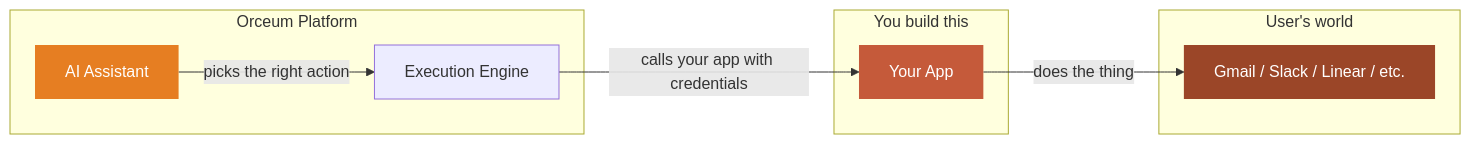
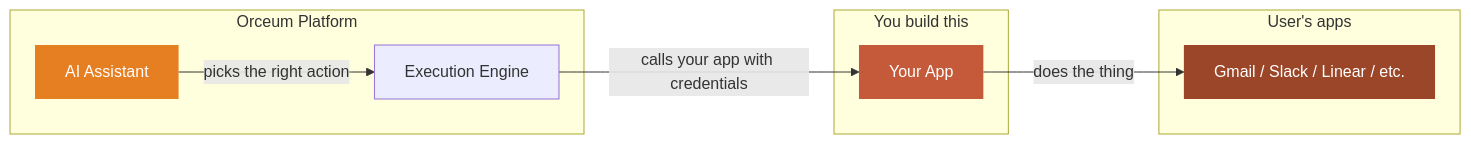
Before and after one commit to PeterAkande/orceum-docs: the first of 3 diagrams in introduction.mdx, drawn with Mermaid. The commit also changed other lines of this file and 18 other files, not shown here.

````diff
--- a/introduction.mdx
+++ b/introduction.mdx
@@ -36,23 +37,23 @@
 ```mermaid
 flowchart LR
     subgraph You build this
         App["Your App"]
     end
 
     subgraph Orceum Platform
         AI["AI Assistant"]
         Engine["Execution Engine"]
     end
 
-    subgraph User's world
-        Tool["Gmail / Slack / Linear / etc."]
+    subgraph User's apps
+      Apps["Gmail / Slack / Linear / etc."]
     end
 
     AI -- "picks the right action" --> Engine
     Engine -- "calls your app with credentials" --> App
-    App -- "does the thing" --> Tool
+    App -- "does the thing" --> Apps
 
     style AI fill:#e67e22,color:#fff,stroke:none
     style App fill:#c55a3a,color:#fff,stroke:none
-    style Tool fill:#9b4628,color:#fff,stroke:none
+    style Apps fill:#9b4628,color:#fff,stroke:none
 ```
````
